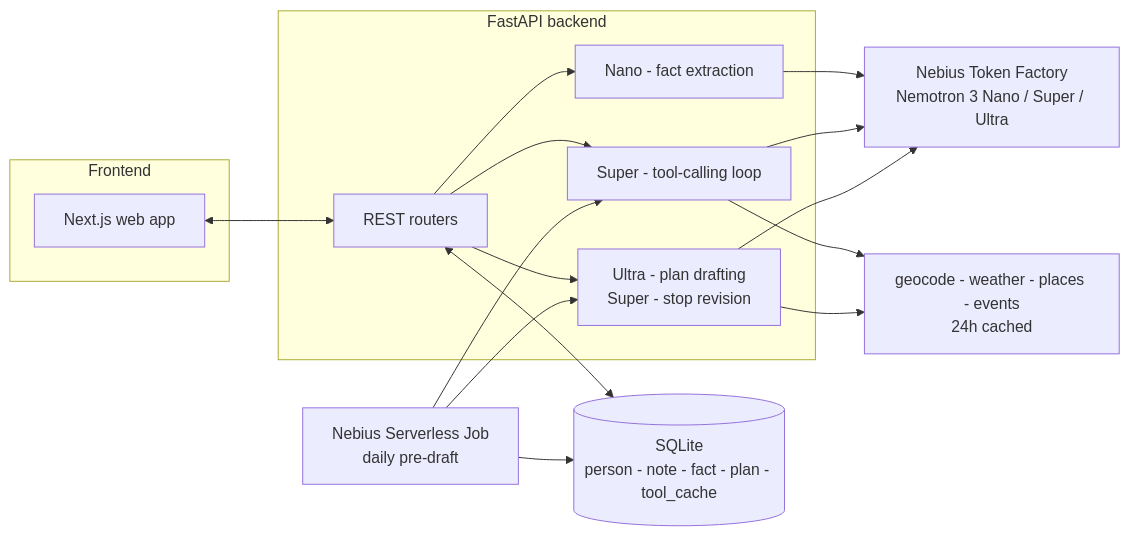
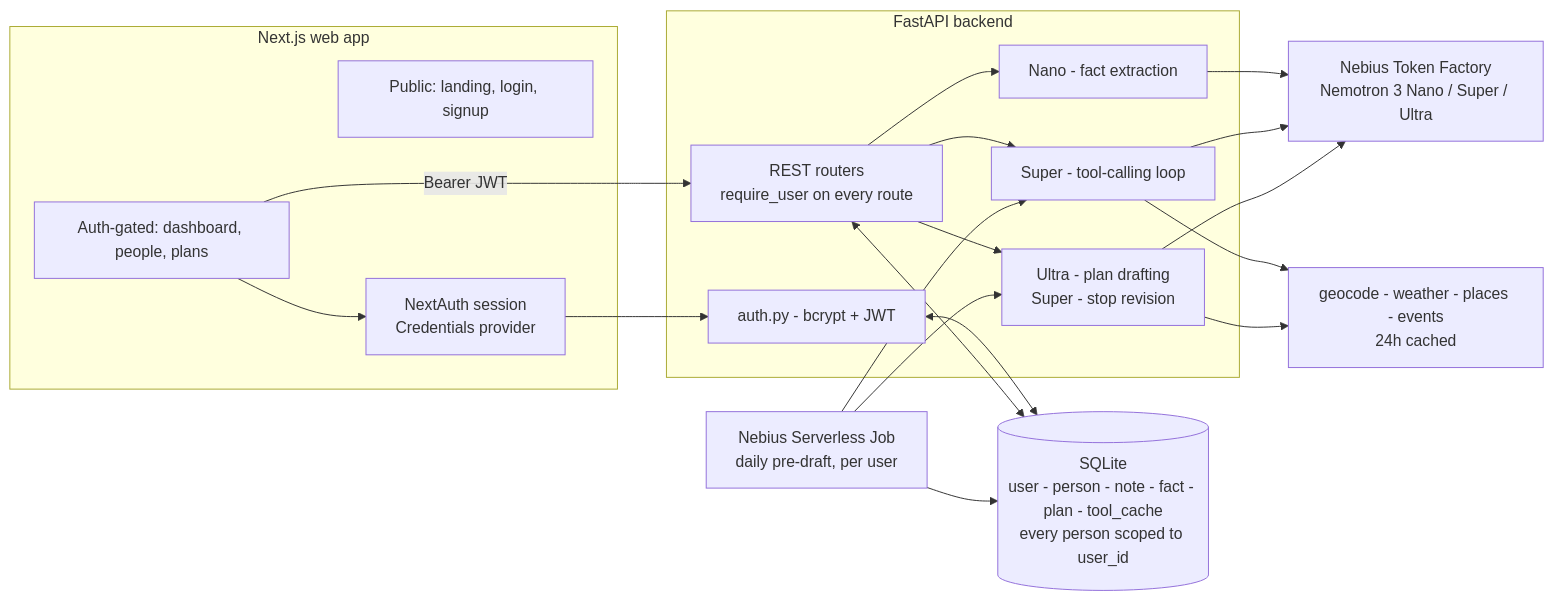
One commit to russianraspberry14/nebius changed the diagram in README.md. Above: the diagram before and after it, drawn with Mermaid. The commit also changed other lines of this file and 42 other files, not shown here.

````diff
--- a/README.md
+++ b/README.md
@@ -23,29 +28,34 @@
 ```mermaid
 flowchart LR
-    subgraph Frontend
-        Web[Next.js web app]
+    subgraph Frontend[Next.js web app]
+        Landing[Public: landing, login, signup]
+        App[Auth-gated: dashboard, people, plans]
+        NextAuth[NextAuth session<br/>Credentials provider]
     end
 
     subgraph Backend[FastAPI backend]
-        Routes[REST routers]
+        Auth[auth.py - bcrypt + JWT]
+        Routes[REST routers<br/>require_user on every route]
         Nano[Nano - fact extraction]
         ToolLoop[Super - tool-calling loop]
         Planner[Ultra - plan drafting<br/>Super - stop revision]
     end
 
-    DB[(SQLite<br/>person - note - fact - plan - tool_cache)]
+    DB[(SQLite<br/>user - person - note - fact - plan - tool_cache<br/>every person scoped to user_id)]
     TF[Nebius Token Factory<br/>Nemotron 3 Nano / Super / Ultra]
     Tools[geocode - weather - places - events<br/>24h cached]
-    Job[Nebius Serverless Job<br/>daily pre-draft]
+    Job[Nebius Serverless Job<br/>daily pre-draft, per user]
 
-    Web <--> Routes
+    App --> NextAuth --> Auth
+    App -- "Bearer JWT" --> Routes
+    Auth <--> DB
     Routes <--> DB
     Routes --> Nano --> TF
     Routes --> ToolLoop --> TF
     Routes --> Planner --> TF
     ToolLoop --> Tools
     Planner --> Tools
     Job --> ToolLoop
     Job --> Planner
     Job --> DB
 ```
````
